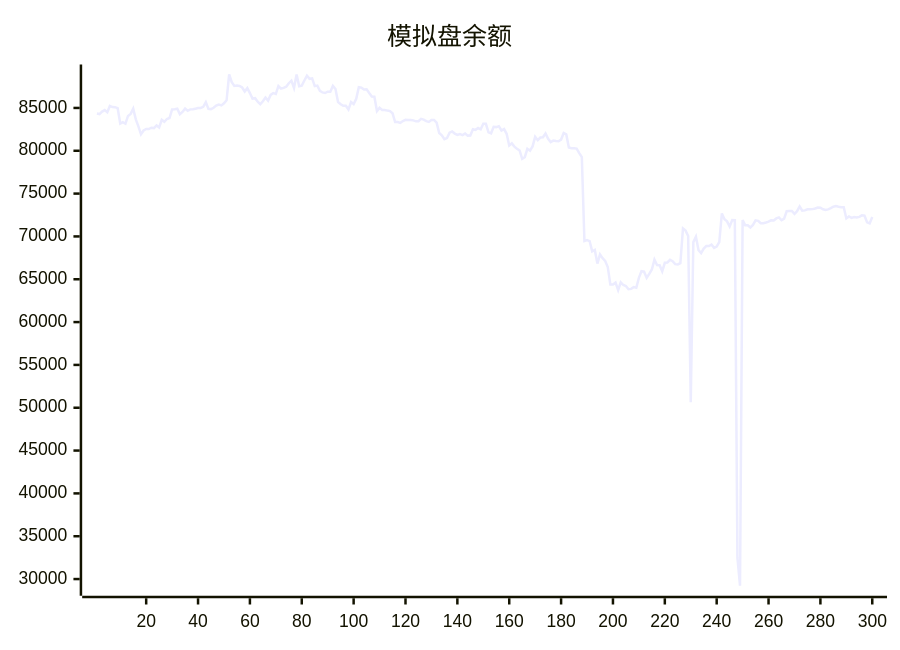
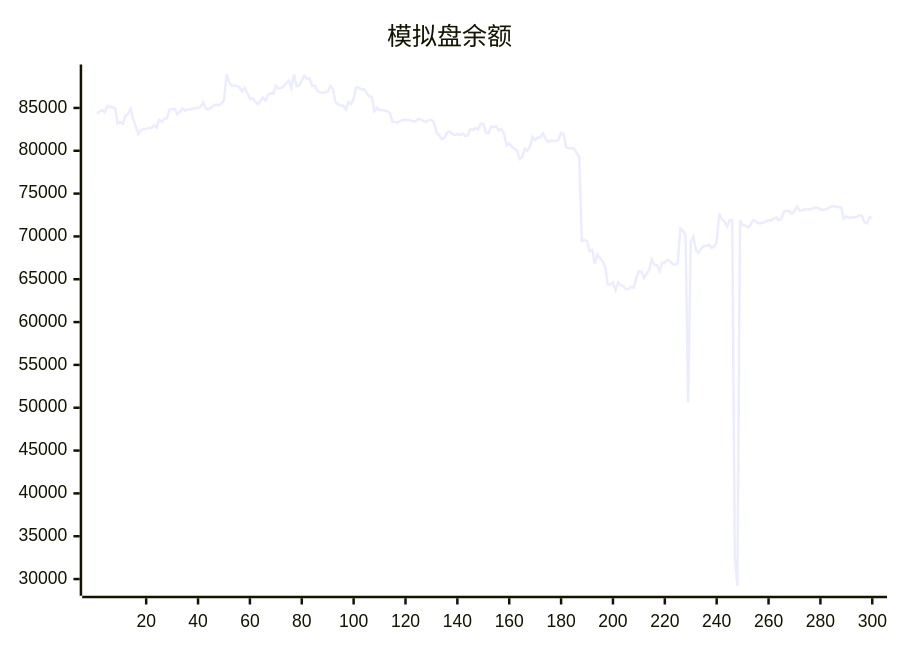
One commit to aahl/ai-trading changed the diagram in README.md. Above: the diagram before and after it, drawn with Mermaid. The commit also changed other lines of this file and 1 other file, not shown here.

````diff
--- a/README.md
+++ b/README.md
@@ -5,5 +5,5 @@
 ```mermaid
 xychart
     title "模拟盘余额"
-    line [84354,84287,84572,84745,84500,85234,85096,85095,84970,83180,83338,83157,84070,84309,84922,83667,82850,81924,82369,82552,82539,82695,82648,82962,82728,83619,83378,83710,83825,84819,84854,84917,84265,84527,84919,84668,84834,84850,84916,84981,85004,85131,85674,84891,84864,85019,85284,85393,85294,85538,85894,88904,88012,87567,87625,87568,87386,86920,87313,86737,86094,86143,85725,85437,85787,86219,85859,86526,86740,86630,87563,87264,87335,87483,87886,88180,87335,88894,87544,87608,88207,88755,88401,88444,87543,87608,87000,86810,86740,86894,86884,87576,87209,85686,85435,85251,85255,84820,85689,85453,86066,87420,87373,87161,87178,86740,86341,86315,84643,85012,84772,84768,84690,84635,84376,83360,83357,83259,83474,83608,83606,83602,83548,83440,83454,83724,83644,83464,83365,83590,83592,83275,82072,81806,81344,81492,82109,82254,82006,81848,81955,81829,82022,81769,81776,82522,82441,82656,82498,83144,83144,82150,82038,82797,82763,82872,82367,82536,81981,80612,80862,80484,80242,80034,79063,79245,80226,80016,80507,81625,81233,81544,81578,82016,81401,81019,81186,81130,81118,81306,82066,81909,80392,80304,80291,80258,79729,79261,69466,69579,69456,68251,68415,66832,67911,67462,67144,66432,64380,64375,64606,63740,64647,64324,64216,63842,63877,64078,64008,65156,65945,65888,65157,65625,66144,67284,66653,66639,65924,66925,66956,67263,67108,66766,66729,66886,70927,70673,70049,50652,69334,69973,68400,68061,68578,68876,68879,69055,68662,68822,69329,72687,71999,71760,71162,71911,71896,32500,29218,71927,71297,71305,71044,71337,71883,71822,71536,71536,71622,71723,71880,71860,72100,72216,71887,72077,72940,72976,72966,72638,72948,73497,73004,73041,73173,73160,73186,73258,73375,73351,73173,73098,73161,73305,73474,73536,73457,73413,73412,72100,72333,72164,72272,72204,72285,72461,72421,71652,71521,72267]
+    line [84287,84572,84745,84500,85234,85096,85095,84970,83180,83338,83157,84070,84309,84922,83667,82850,81924,82369,82552,82539,82695,82648,82962,82728,83619,83378,83710,83825,84819,84854,84917,84265,84527,84919,84668,84834,84850,84916,84981,85004,85131,85674,84891,84864,85019,85284,85393,85294,85538,85894,88904,88012,87567,87625,87568,87386,86920,87313,86737,86094,86143,85725,85437,85787,86219,85859,86526,86740,86630,87563,87264,87335,87483,87886,88180,87335,88894,87544,87608,88207,88755,88401,88444,87543,87608,87000,86810,86740,86894,86884,87576,87209,85686,85435,85251,85255,84820,85689,85453,86066,87420,87373,87161,87178,86740,86341,86315,84643,85012,84772,84768,84690,84635,84376,83360,83357,83259,83474,83608,83606,83602,83548,83440,83454,83724,83644,83464,83365,83590,83592,83275,82072,81806,81344,81492,82109,82254,82006,81848,81955,81829,82022,81769,81776,82522,82441,82656,82498,83144,83144,82150,82038,82797,82763,82872,82367,82536,81981,80612,80862,80484,80242,80034,79063,79245,80226,80016,80507,81625,81233,81544,81578,82016,81401,81019,81186,81130,81118,81306,82066,81909,80392,80304,80291,80258,79729,79261,69466,69579,69456,68251,68415,66832,67911,67462,67144,66432,64380,64375,64606,63740,64647,64324,64216,63842,63877,64078,64008,65156,65945,65888,65157,65625,66144,67284,66653,66639,65924,66925,66956,67263,67108,66766,66729,66886,70927,70673,70049,50652,69334,69973,68400,68061,68578,68876,68879,69055,68662,68822,69329,72687,71999,71760,71162,71911,71896,32500,29218,71927,71297,71305,71044,71337,71883,71822,71536,71536,71622,71723,71880,71860,72100,72216,71887,72077,72940,72976,72966,72638,72948,73497,73004,73041,73173,73160,73186,73258,73375,73351,73173,73098,73161,73305,73474,73536,73457,73413,73412,72100,72333,72164,72272,72204,72285,72461,72421,71652,71521,72267,72157]
 ```
````
